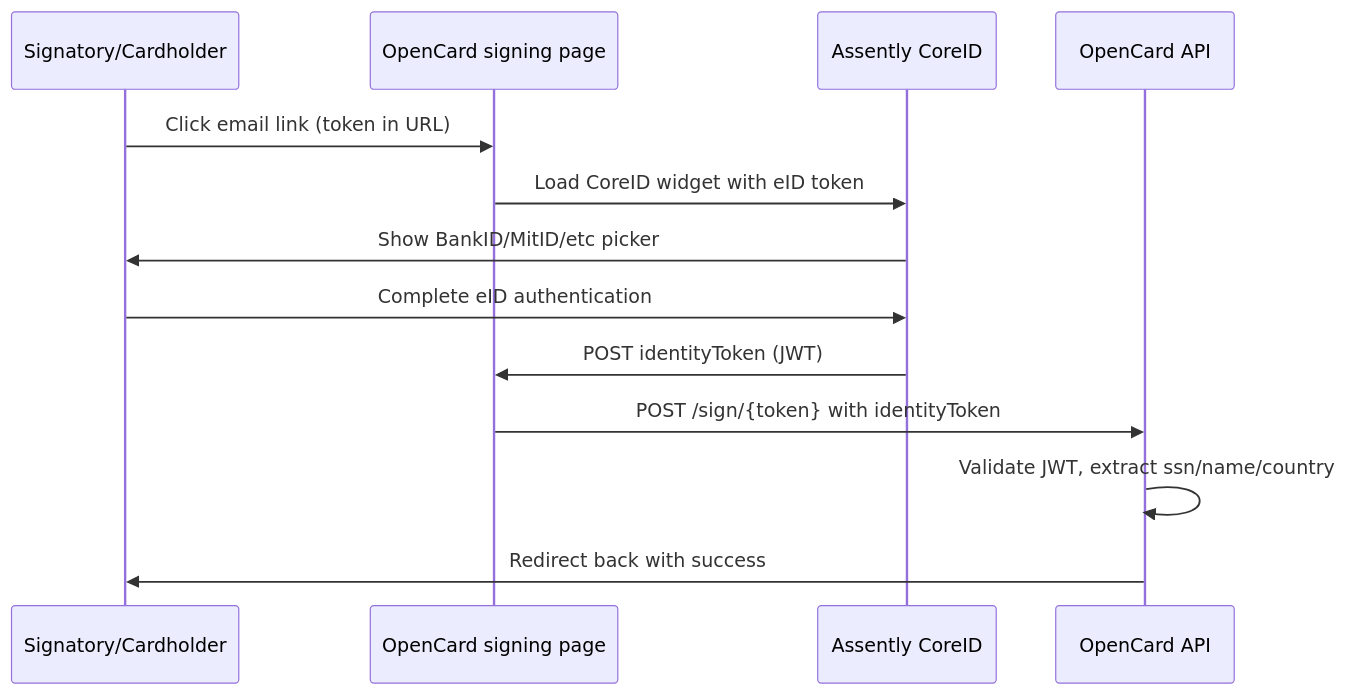
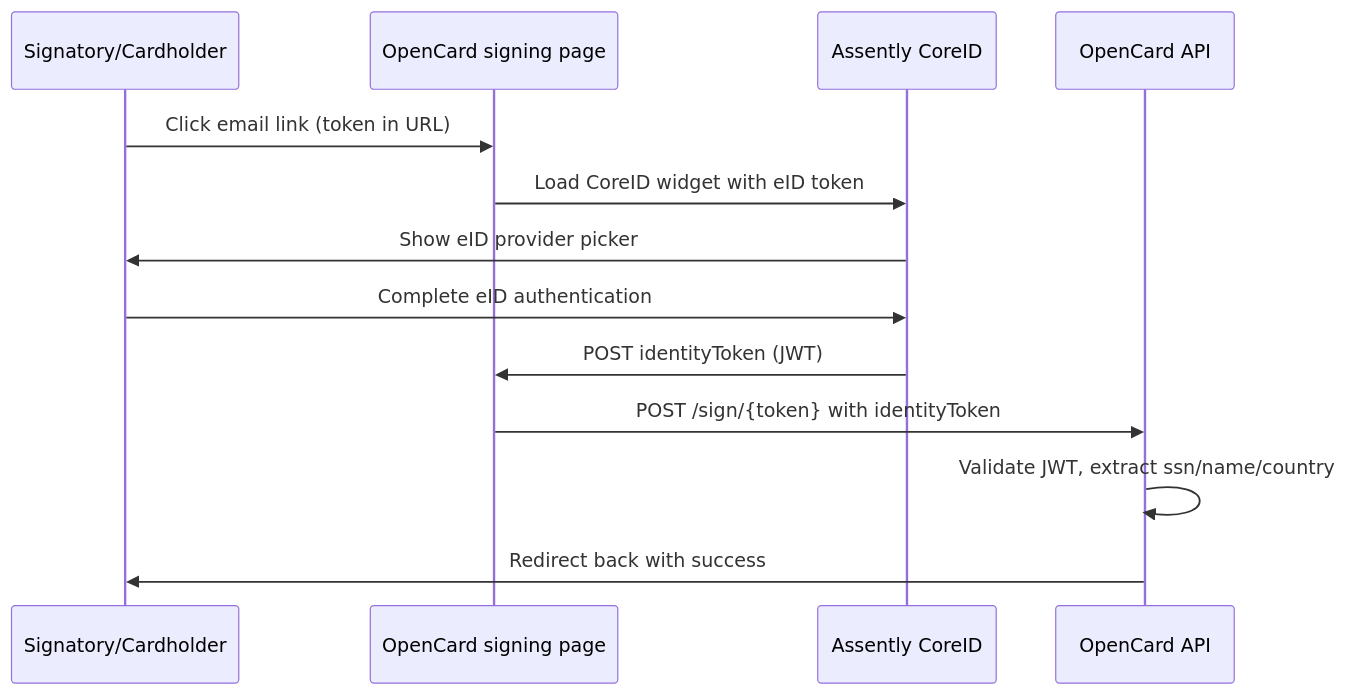
The diagram in ems/eid-signing.mdx (marc-opencard/developers.opencard.io), drawn with Mermaid before and after one commit. The commit also changed other lines of this file and 11 other files, not shown here.

````diff
--- a/ems/eid-signing.mdx
+++ b/ems/eid-signing.mdx
@@ -67,16 +32,16 @@
 ```mermaid
 sequenceDiagram
     participant User as Signatory/Cardholder
     participant Page as OpenCard signing page
     participant Assently as Assently CoreID
     participant API as OpenCard API
 
     User->>Page: Click email link (token in URL)
     Page->>Assently: Load CoreID widget with eID token
-    Assently->>User: Show BankID/MitID/etc picker
+    Assently->>User: Show eID provider picker
     User->>Assently: Complete eID authentication
     Assently->>Page: POST identityToken (JWT)
     Page->>API: POST /sign/{token} with identityToken
     API->>API: Validate JWT, extract ssn/name/country
     API->>User: Redirect back with success
 ```
````
